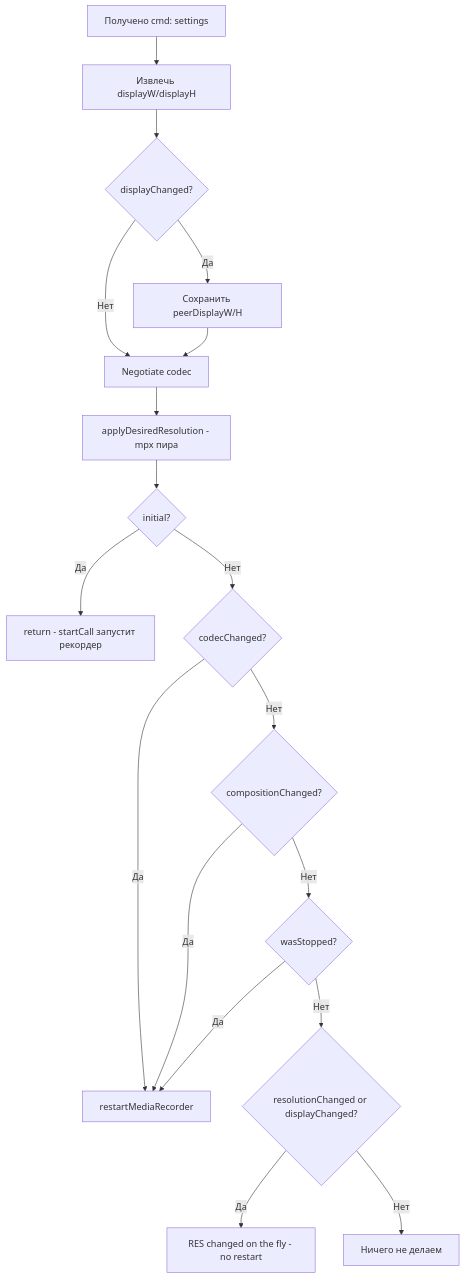
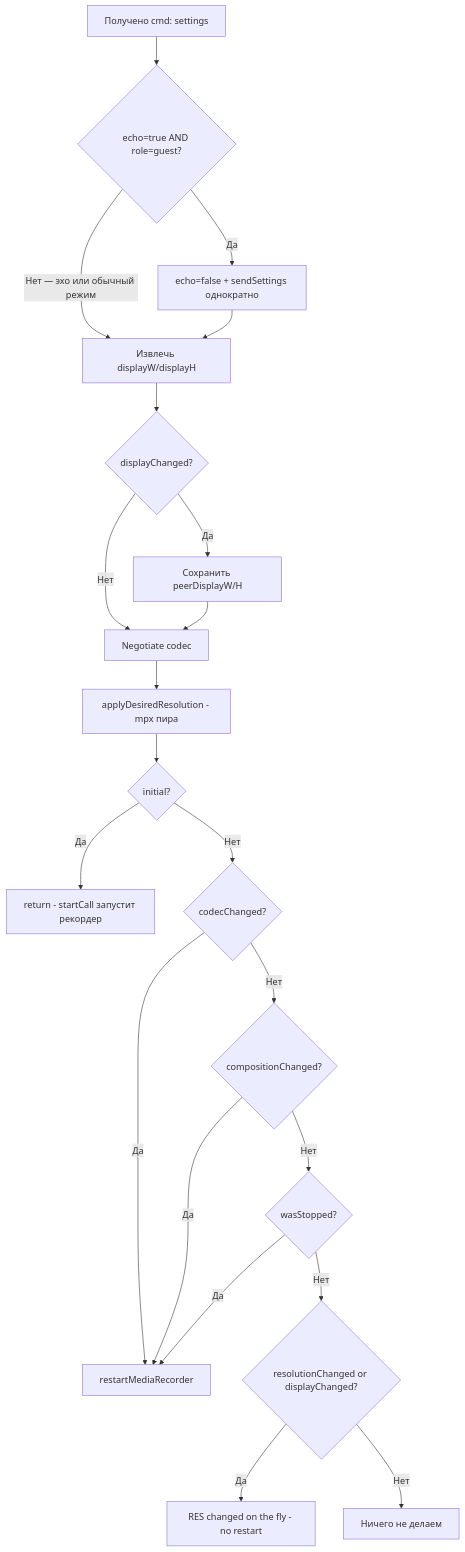
One commit to howeyc/crocgui changed the fourth of 6 diagrams in plans/videocall-protocol.md. Above: the diagram before and after it, drawn with Mermaid. The commit also changed other lines of this file and 9 other files, not shown here.

````diff
--- a/plans/videocall-protocol.md
+++ b/plans/videocall-protocol.md
@@ -99,20 +181,23 @@
 ```mermaid
 flowchart TD
-    MSG[Получено cmd: settings] --> EXTRACT[Извлечь displayW/displayH]
+    MSG[Получено cmd: settings] --> ECHO{echo=true AND role=guest?}
+    ECHO -->|Да| DISABLE[echo=false + sendSettings однократно]
+    ECHO -->|Нет — эхо или обычный режим| EXTRACT
+    DISABLE --> EXTRACT[Извлечь displayW/displayH]
     EXTRACT --> DISPLAY{displayChanged?}
     DISPLAY -->|Да| SAVE_DISPLAY[Сохранить peerDisplayW/H]
     DISPLAY -->|Нет| NEGOTIATE
     SAVE_DISPLAY --> NEGOTIATE[Negotiate codec]
     NEGOTIATE --> MPX[applyDesiredResolution - mpx пира]
     MPX --> INITIAL{initial?}
     INITIAL -->|Да| RETURN[return - startCall запустит рекордер]
     INITIAL -->|Нет| CHECK_CODEC{codecChanged?}
     CHECK_CODEC -->|Да| RESTART[restartMediaRecorder]
     CHECK_CODEC -->|Нет| CHECK_COMP{compositionChanged?}
     CHECK_COMP -->|Да| RESTART
     CHECK_COMP -->|Нет| CHECK_STOP{wasStopped?}
     CHECK_STOP -->|Да| RESTART
     CHECK_STOP -->|Нет| CHECK_RES{resolutionChanged or displayChanged?}
     CHECK_RES -->|Да| ON_FLY[RES changed on the fly - no restart]
     CHECK_RES -->|Нет| NOTHING[Ничего не делаем]
 ```
````
